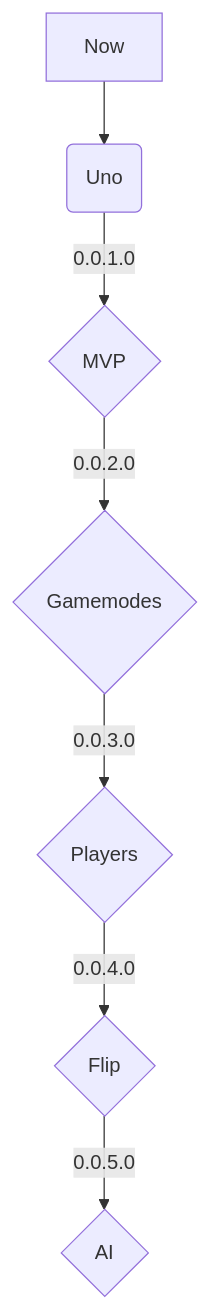
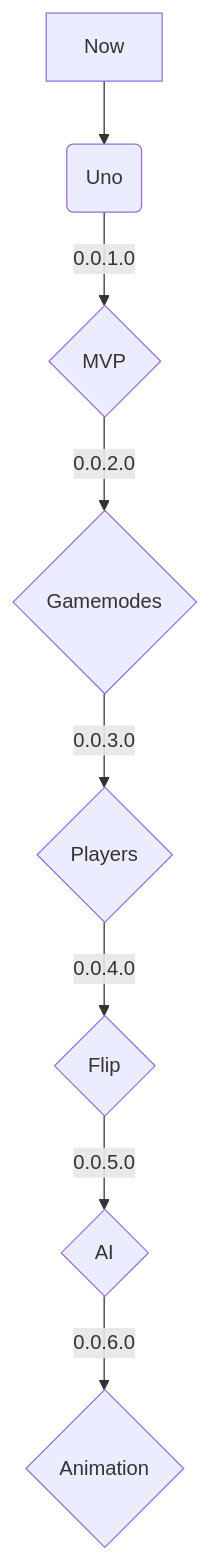
The diagram in README.md (Travis-DV/Uno), drawn with Mermaid before and after one commit.

````diff
--- a/README.md
+++ b/README.md
@@ -3,9 +3,10 @@
 ```mermaid
 graph TD;
     A[Now]-->B(Uno);
-    B-->|0.0.1.0| C{MVP};
-    C-->|0.0.2.0| D{Gamemodes};
-    D-->|0.0.3.0| E{Players};
-    E-->|0.0.4.0| F{Flip};
-    F-->|0.0.5.0| G{AI};
+    B --> |0.0.1.0| C{MVP};
+    C --> |0.0.2.0| D{Gamemodes};
+    D --> |0.0.3.0| E{Players};
+    E --> |0.0.4.0| F{Flip};
+    F --> |0.0.5.0| G{AI};
+    G --> |0.0.6.0| H{Animation};
 ```
````
